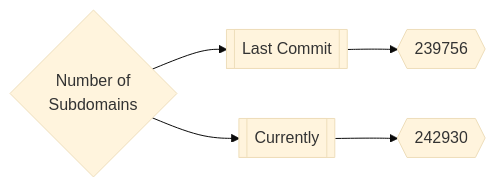
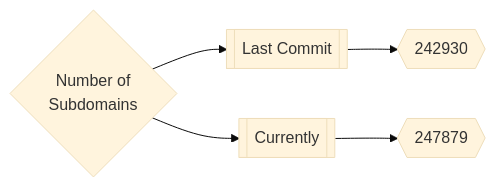
One commit to trickest/inventory changed the first of 3 diagrams in README.md. Above: the diagram before and after it, drawn with Mermaid (base theme). The commit also changed other lines of this file, not shown here.

Commit message:
Update Thu Mar 10 16:37:54 UTC 2022

````diff
--- a/README.md
+++ b/README.md
@@ -165,5 +165,5 @@
 ```mermaid
 graph LR
-title{Number of<br>Subdomains} --> subdomainsDate1[[Last Commit]] --> subdomainsNum1{{239756}}
-title --> subdomainsDate2[[Currently]] --> subdomainsNum2{{242930}}
+title{Number of<br>Subdomains} --> subdomainsDate1[[Last Commit]] --> subdomainsNum1{{242930}}
+title --> subdomainsDate2[[Currently]] --> subdomainsNum2{{247879}}
 ```
````
